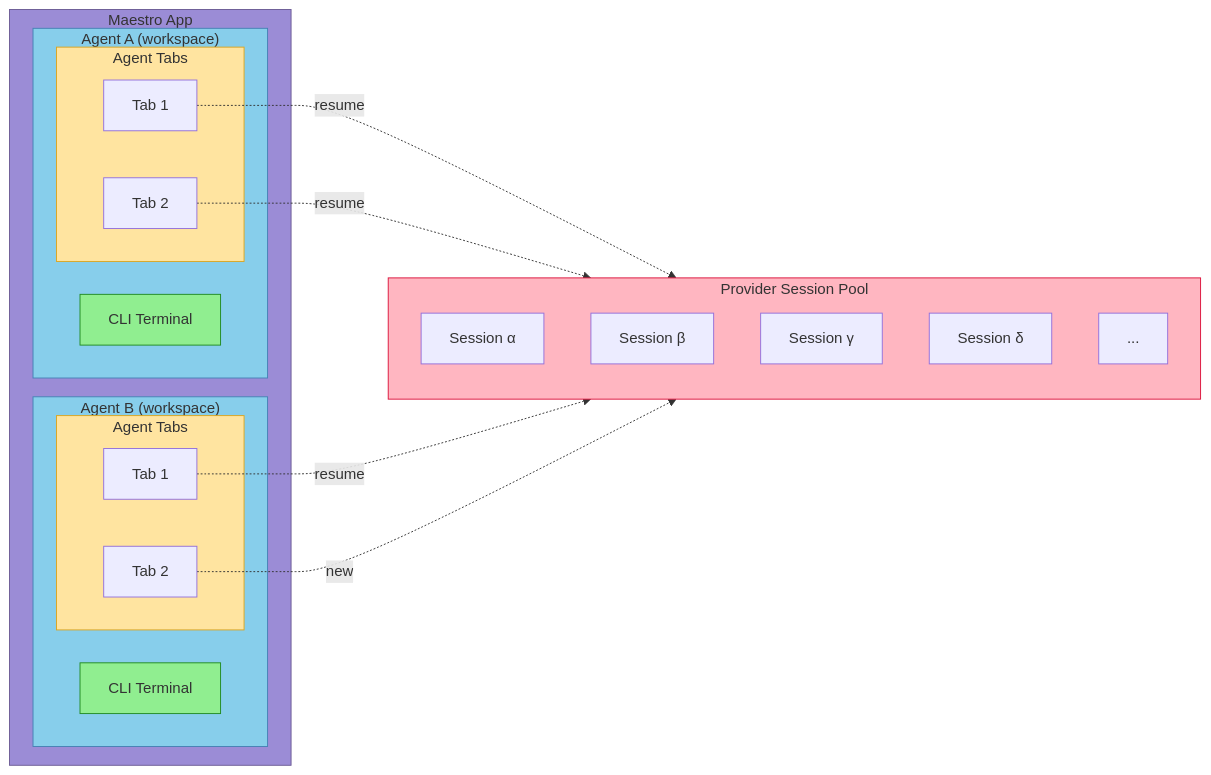
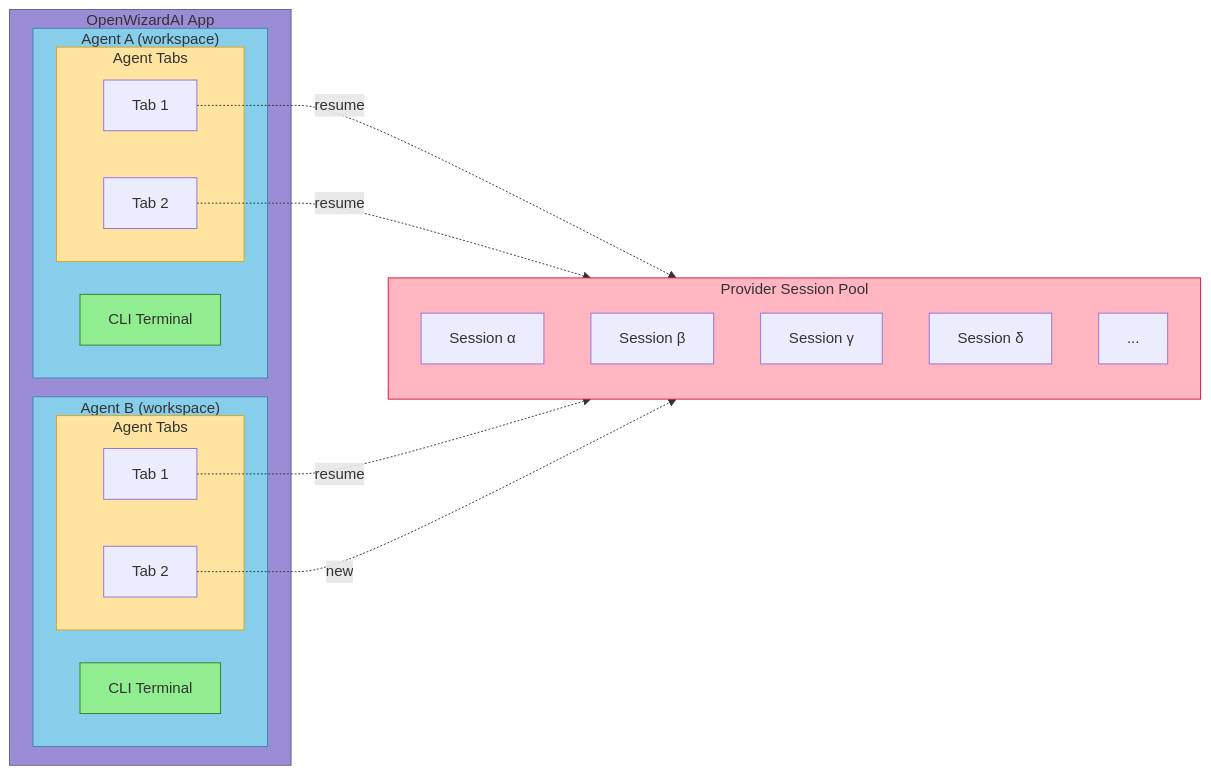
One commit to manoelpanev/OpenWizardAI changed the diagram in ARCHITECTURE.md. Above: the diagram before and after it, drawn with Mermaid. The commit also changed other lines of this file and 1843 other files, not shown here.

First line of the commit message:
Rename to OpenWizardAI throughout

````diff
--- a/ARCHITECTURE.md
+++ b/ARCHITECTURE.md
@@ -37,42 +37,42 @@
 ```mermaid
 graph LR
-    subgraph Maestro["Maestro App"]
+    subgraph OpenWizardAI["OpenWizardAI App"]
         subgraph ProjectA["Agent A (workspace)"]
             TermA[CLI Terminal]
             subgraph TabsA["Agent Tabs"]
                 Tab1A[Tab 1]
                 Tab2A[Tab 2]
             end
         end
         subgraph ProjectB["Agent B (workspace)"]
             TermB[CLI Terminal]
             subgraph TabsB["Agent Tabs"]
                 Tab1B[Tab 1]
                 Tab2B[Tab 2]
             end
         end
     end
 
     subgraph SessionPool["Provider Session Pool"]
         direction TB
         S1["Session α"]
         S2["Session β"]
         S3["Session γ"]
         S4["Session δ"]
         S5["..."]
     end
 
     Tab1A -.->|"resume"| S1
     Tab2A -.->|"resume"| S2
     Tab1B -.->|"resume"| S3
     Tab2B -.->|"new"| S4
 
-    style Maestro fill:#9b8cd6,stroke:#6b5b95
+    style OpenWizardAI fill:#9b8cd6,stroke:#6b5b95
     style ProjectA fill:#87ceeb,stroke:#4682b4
     style ProjectB fill:#87ceeb,stroke:#4682b4
     style TermA fill:#90ee90,stroke:#228b22
     style TermB fill:#90ee90,stroke:#228b22
     style TabsA fill:#ffe4a0,stroke:#daa520
     style TabsB fill:#ffe4a0,stroke:#daa520
     style SessionPool fill:#ffb6c1,stroke:#dc143c
 ```
````
